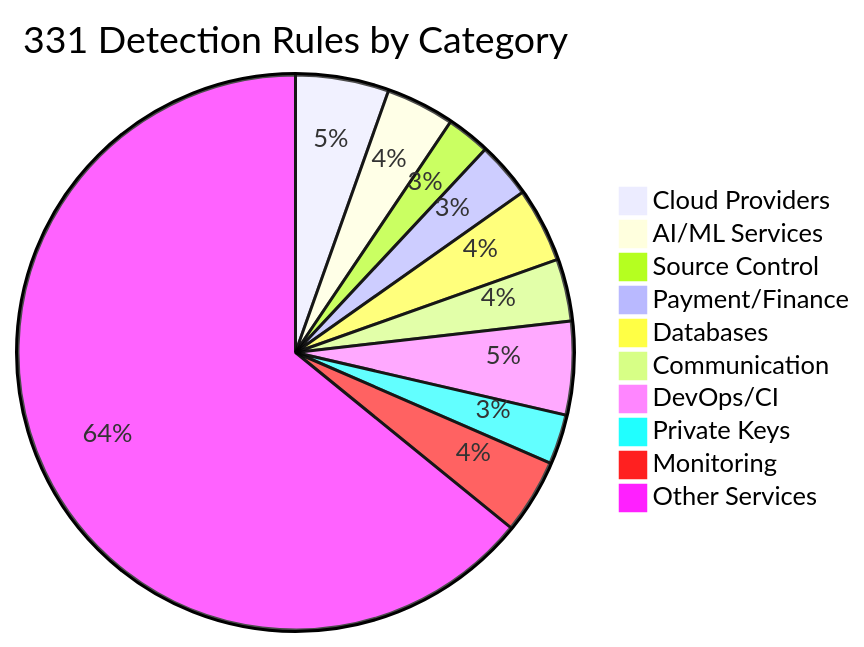
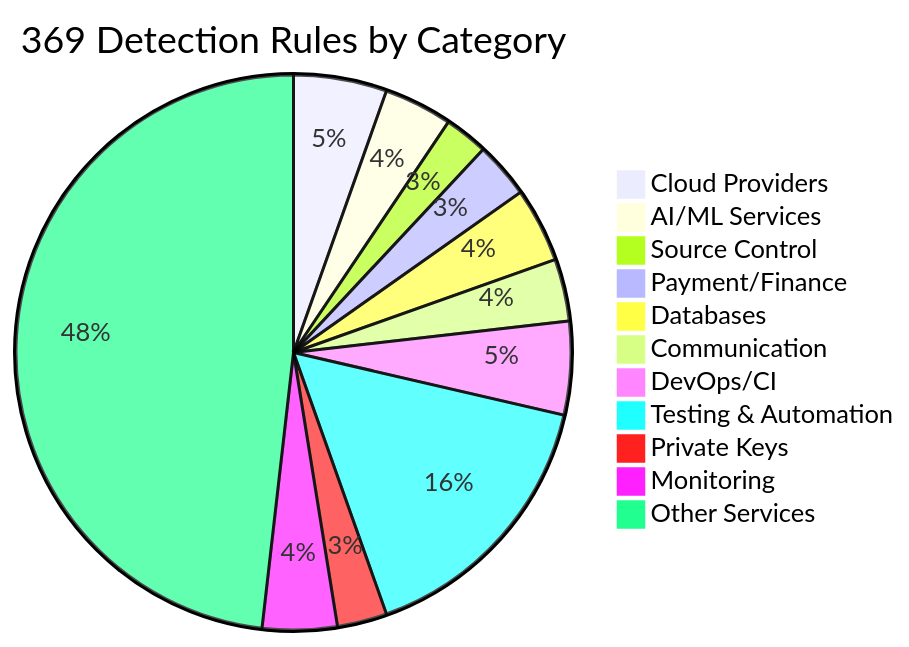
Before and after one commit to svemulapati/CredVigil: diagram 35 of 40 in docs/training/01-core-detection-engine.md, drawn with Mermaid. The commit also changed other lines of this file and 20 other files, not shown here.

````diff
--- a/docs/training/01-core-detection-engine.md
+++ b/docs/training/01-core-detection-engine.md
@@ -1963,13 +1963,14 @@
 ```mermaid
-pie title 331 Detection Rules by Category
+pie title 369 Detection Rules by Category
     "Cloud Providers" : 15
     "AI/ML Services" : 11
     "Source Control" : 7
     "Payment/Finance" : 9
     "Databases" : 12
     "Communication" : 10
     "DevOps/CI" : 15
+    "Testing & Automation" : 44
     "Private Keys" : 8
     "Monitoring" : 12
-    "Other Services" : 177
+    "Other Services" : 133
 ```
````
